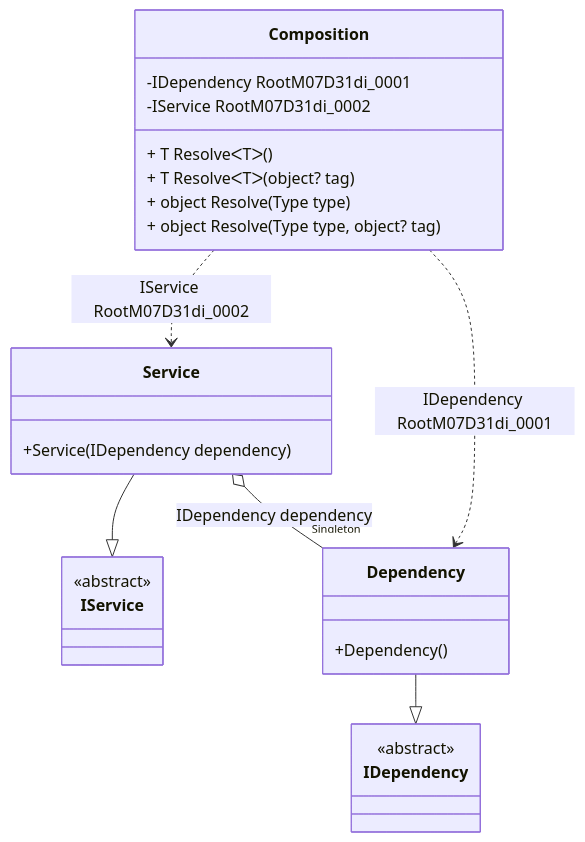
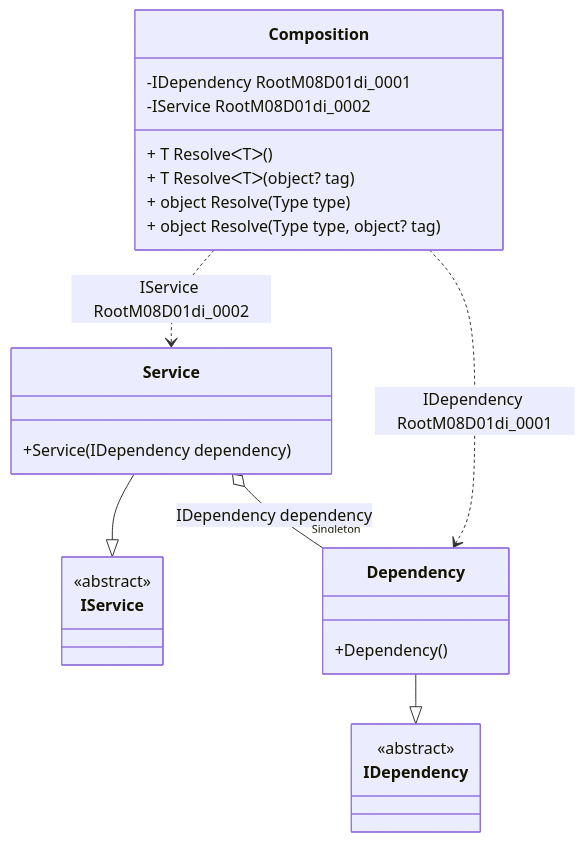
One commit to DevTeam/Pure.DI changed the diagram in readme/service-collection.md. Above: the diagram before and after it, drawn with Mermaid. The commit also changed other lines of this file and 55 other files, not shown here.

````diff
--- a/readme/service-collection.md
+++ b/readme/service-collection.md
@@ -75,28 +75,28 @@
 ```mermaid
 classDiagram
   class Composition {
-    -IDependency RootM07D31di_0001
-    -IService RootM07D31di_0002
+    -IDependency RootM08D01di_0001
+    -IService RootM08D01di_0002
     + T ResolveᐸTᐳ()
     + T ResolveᐸTᐳ(object? tag)
     + object Resolve(Type type)
     + object Resolve(Type type, object? tag)
   }
   Service --|> IService : 
   class Service {
     +Service(IDependency dependency)
   }
   Dependency --|> IDependency : 
   class Dependency {
     +Dependency()
   }
   class IService {
     <<abstract>>
   }
   class IDependency {
     <<abstract>>
   }
   Service o--  "Singleton" Dependency : IDependency dependency
-  Composition ..> Dependency : IDependency RootM07D31di_0001
-  Composition ..> Service : IService RootM07D31di_0002
+  Composition ..> Dependency : IDependency RootM08D01di_0001
+  Composition ..> Service : IService RootM08D01di_0002
 ```
````
